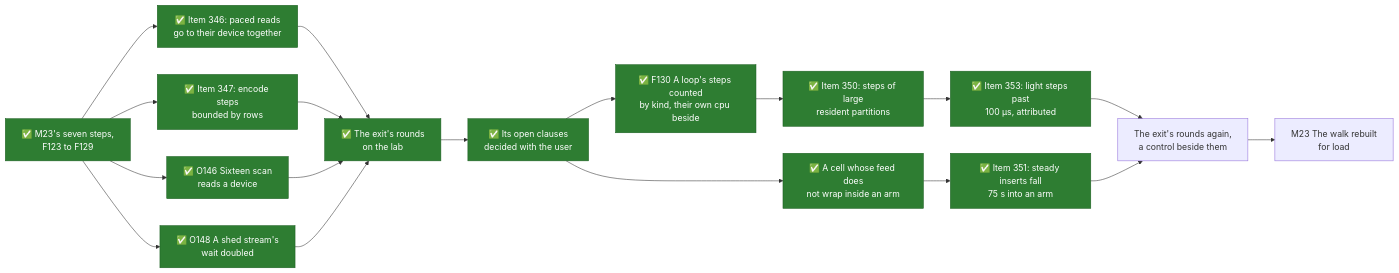
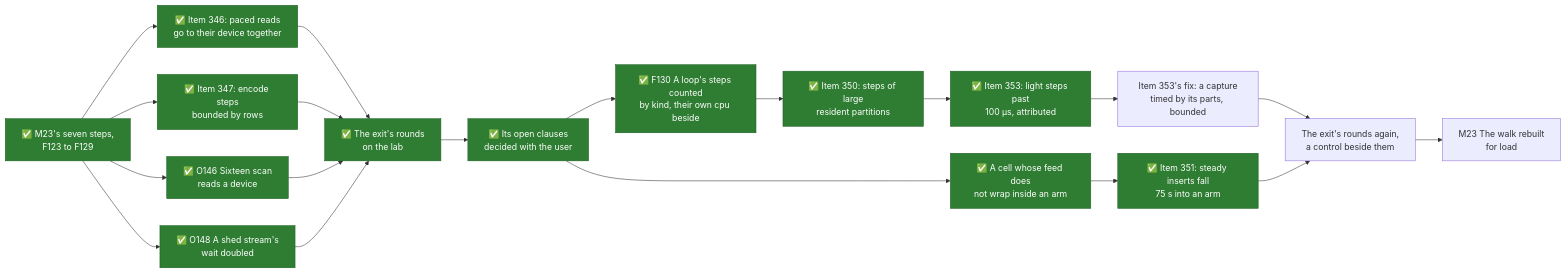
The third of 5 diagrams in docs/src/future-work/scans/whats-left-todo.md (mjcarson/shoal), drawn with Mermaid before and after one commit. The commit also changed other lines of this file and 2 other files, not shown here.

First line of the commit message:
docs(scans): item 353's fix is M23's, drawn before the rounds again

````diff
--- a/docs/src/future-work/scans/whats-left-todo.md
+++ b/docs/src/future-work/scans/whats-left-todo.md
@@ -166,26 +166,27 @@
 ```mermaid
 flowchart LR
     classDef done fill:#2e7d32,stroke:#1b5e20,color:#ffffff
     Steps["✅ M23's seven steps,<br>F123 to F129"]:::done
     I346["✅ Item 346: paced reads<br>go to their device together"]:::done
     I347["✅ Item 347: encode steps<br>bounded by rows"]:::done
     O146["✅ O146 Sixteen scan<br>reads a device"]:::done
     O148["✅ O148 A shed stream's<br>wait doubled"]:::done
     Exit["✅ The exit's rounds<br>on the lab"]:::done
     Decided["✅ Its open clauses<br>decided with the user"]:::done
     Count["✅ F130 A loop's steps counted<br>by kind, their own cpu beside"]:::done
     I350["✅ Item 350: steps of large<br>resident partitions"]:::done
     I353["✅ Item 353: light steps past<br>100 µs, attributed"]:::done
+    I353f["Item 353's fix: a capture<br>timed by its parts, bounded"]
     Cell["✅ A cell whose feed does<br>not wrap inside an arm"]:::done
     I351["✅ Item 351: steady inserts fall<br>75 s into an arm"]:::done
     Again["The exit's rounds again,<br>a control beside them"]
     M23["M23 The walk rebuilt<br>for load"]
     Steps --> I346 --> Exit
     Steps --> I347 --> Exit
     Steps --> O146 --> Exit
     Steps --> O148 --> Exit
     Exit --> Decided
-    Decided --> Count --> I350 --> I353 --> Again
+    Decided --> Count --> I350 --> I353 --> I353f --> Again
     Decided --> Cell --> I351 --> Again
     Again --> M23
 ```
````
